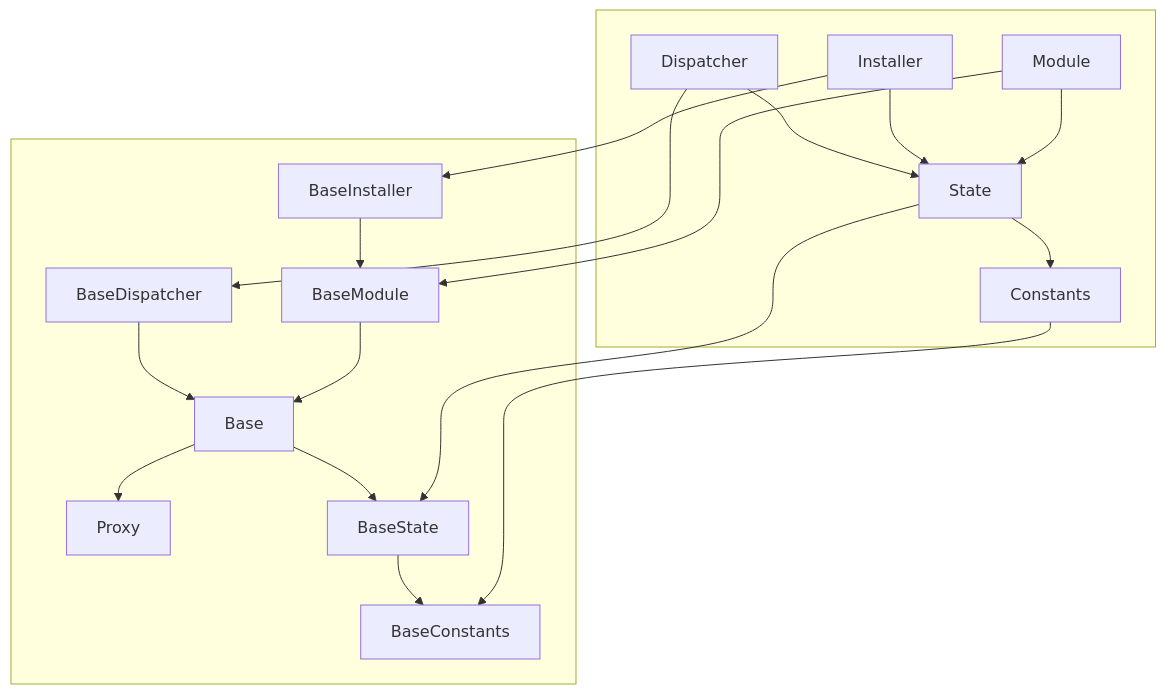
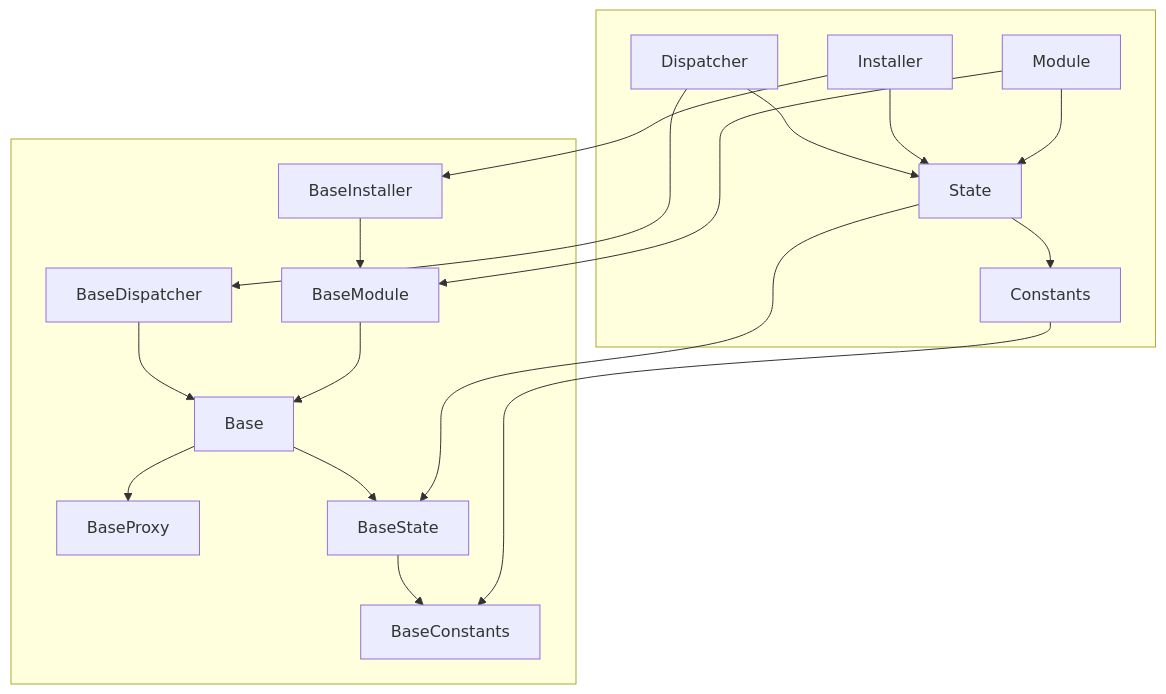
The fifth of 5 diagrams in docs/IMPLEMENTERS.md (chromaxyz/reflex), drawn with Mermaid before and after one commit. The commit also changed other lines of this file, not shown here.

````diff
--- a/docs/IMPLEMENTERS.md
+++ b/docs/IMPLEMENTERS.md
@@ -213,23 +213,23 @@
 ```mermaid
 graph TD
     subgraph Application [ ]
     Dispatcher --> State
     Installer --> State
     Module --> State
     State --> Constants
     end
 
     subgraph Framework [ ]
     Dispatcher --> BaseDispatcher
     Installer --> BaseInstaller
     Module --> BaseModule
     BaseInstaller --> BaseModule
     BaseDispatcher --> Base
     BaseModule --> Base
-    Base --> Proxy
+    Base --> BaseProxy
     Base --> BaseState
     BaseState --> BaseConstants
     State --> BaseState
     Constants --> BaseConstants
     end
 ```
````
